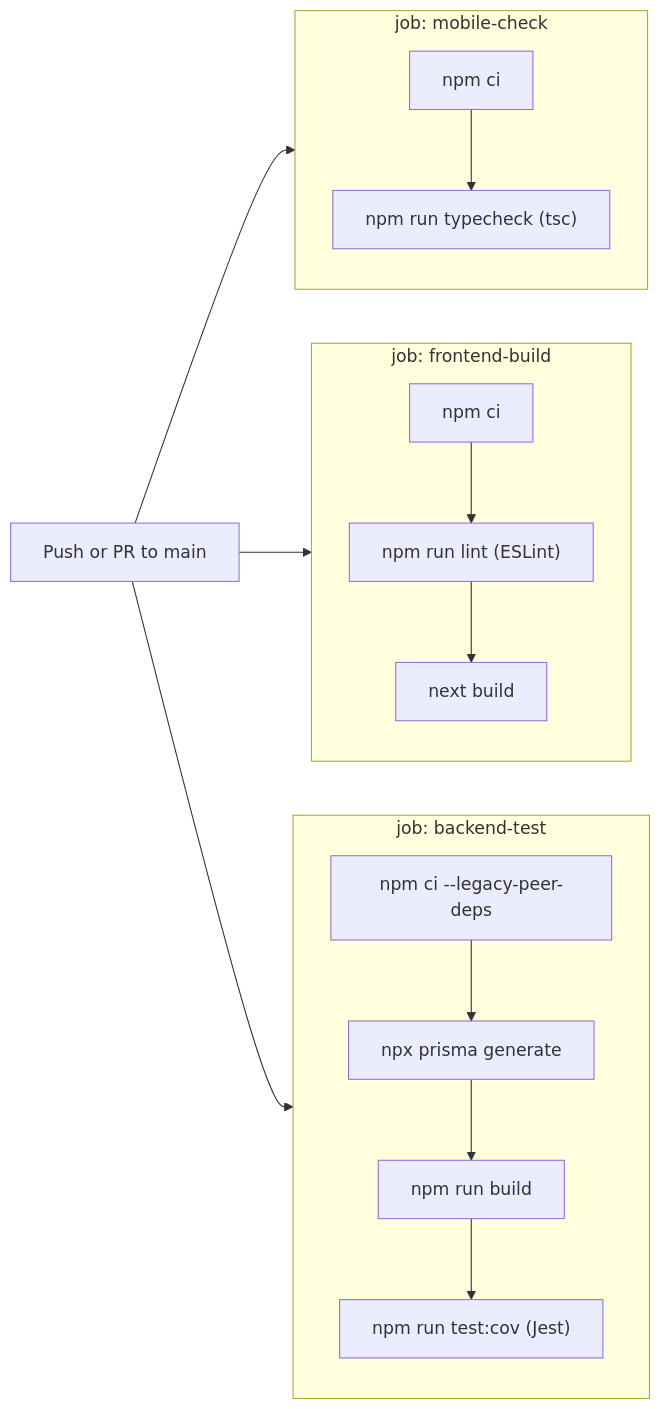
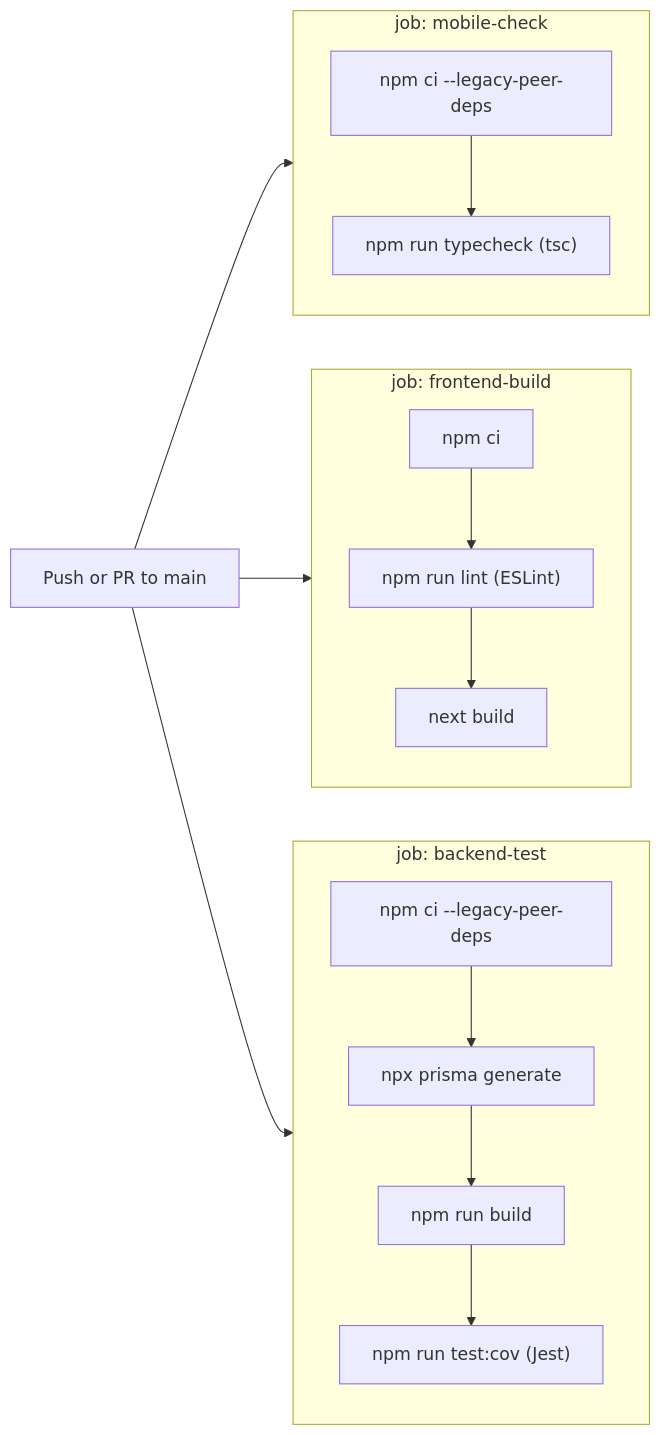
One commit to kiet08hogit/Orbit changed diagram 14 of 14 in README.md. Above: the diagram before and after it, drawn with Mermaid. The commit also changed other lines of this file, not shown here.

Commit message:
no-mistakes(document): Mark backfill admin-only in README API reference

````diff
--- a/README.md
+++ b/README.md
@@ -832,26 +832,26 @@
 ```mermaid
 flowchart LR
     Push["Push or PR to main"]
 
     subgraph BE["job: backend-test"]
         direction TB
         B1["npm ci --legacy-peer-deps"] --> B2["npx prisma generate"]
         B2 --> B3["npm run build"]
         B3 --> B4["npm run test:cov (Jest)"]
     end
 
     subgraph FE["job: frontend-build"]
         direction TB
         F1["npm ci"] --> F2["npm run lint (ESLint)"]
         F2 --> F3["next build"]
     end
 
     subgraph MO["job: mobile-check"]
         direction TB
-        M1["npm ci"] --> M2["npm run typecheck (tsc)"]
+        M1["npm ci --legacy-peer-deps"] --> M2["npm run typecheck (tsc)"]
     end
 
     Push --> B1
     Push --> F1
     Push --> M1
 ```
````
